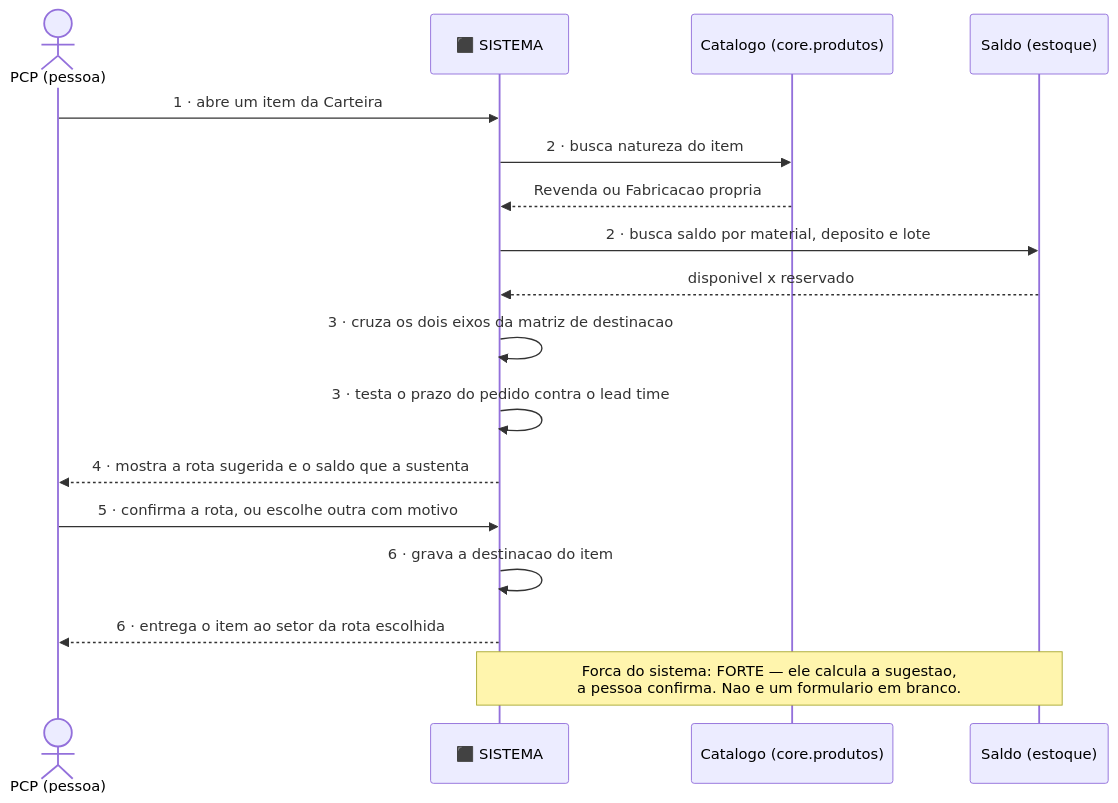
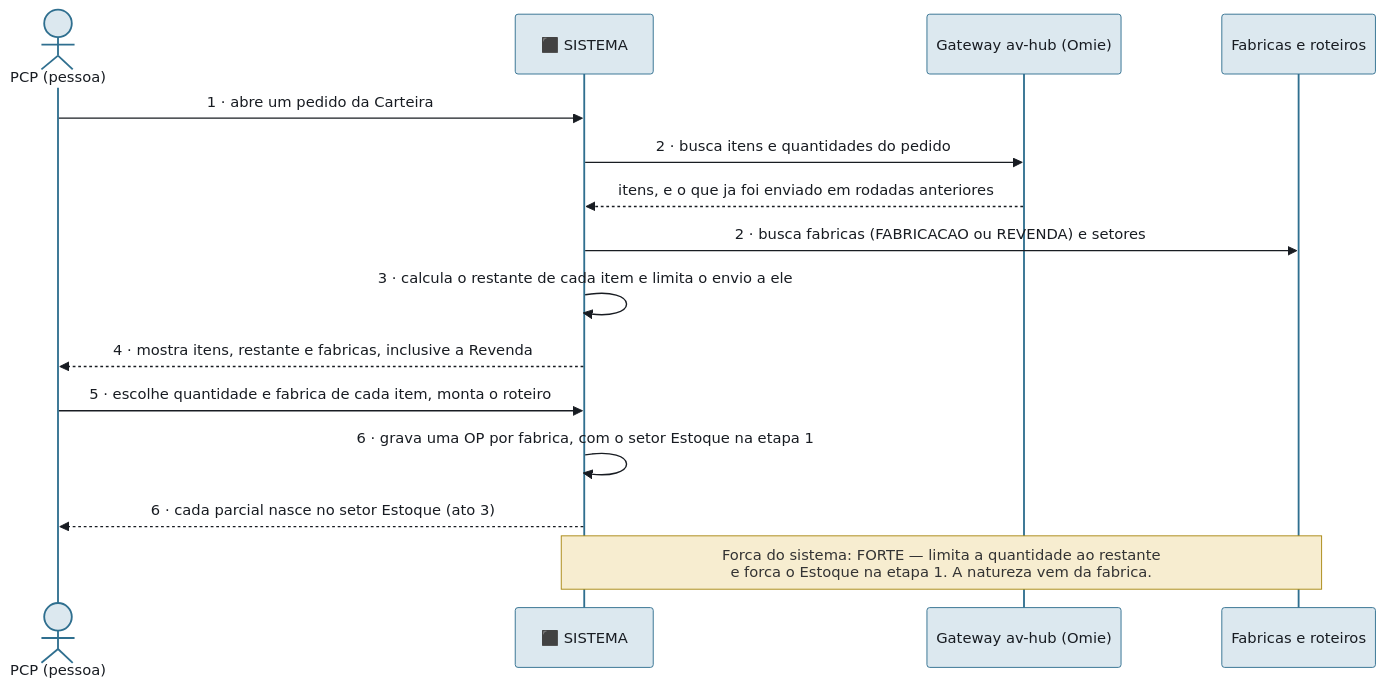
Before and after one commit to Acosvital/vault-avhub-mer: the first of 3 diagrams in 01-Fluxo-Operacional/Fluxo-Sistema-no-Meio.md, drawn with Mermaid. The commit also changed other lines of this file and 36 other files, not shown here.

First line of the commit message:
Encaixe do Estoque e da Revenda no fluxo do PCP (MES)

````diff
--- a/01-Fluxo-Operacional/Fluxo-Sistema-no-Meio.md
+++ b/01-Fluxo-Operacional/Fluxo-Sistema-no-Meio.md
@@ -33,22 +36,20 @@
 ```mermaid
-%%{init: {'theme': 'base', 'themeVariables': {'primaryColor': '#ffffff', 'primaryTextColor': '#181c22', 'primaryBorderColor': '#33475a', 'lineColor': '#5c6570', 'fontFamily': 'Source Sans 3, sans-serif', 'fontSize': '14px', 'actorBkg': '#dce8ef', 'actorBorder': '#2f6f8f', 'noteBkgColor': '#f7edd0', 'noteBorderColor': '#a8860f'}}%%
+%%{init: {'theme': 'base', 'themeVariables': {'primaryColor': '#ffffff', 'primaryTextColor': '#181c22', 'primaryBorderColor': '#33475a', 'lineColor': '#5c6570', 'fontFamily': 'Source Sans 3, sans-serif', 'fontSize': '14px', 'actorBkg': '#dce8ef', 'actorBorder': '#2f6f8f', 'noteBkgColor': '#f7edd0', 'noteBorderColor': '#a8860f'}}}%%
 sequenceDiagram
     actor PCP as PCP (pessoa)
     participant SIS as ⬛ SISTEMA
-    participant CAT as Catalogo (core.produtos)
-    participant EST as Saldo (estoque)
+    participant GW as Gateway av-hub (Omie)
+    participant FAB as Fabricas e roteiros
 
-    PCP->>SIS: 1 · abre um item da Carteira
-    SIS->>CAT: 2 · busca natureza do item
-    CAT-->>SIS: Revenda ou Fabricacao propria
-    SIS->>EST: 2 · busca saldo por material, deposito e lote
-    EST-->>SIS: disponivel x reservado
-    SIS->>SIS: 3 · cruza os dois eixos da matriz de destinacao
-    SIS->>SIS: 3 · testa o prazo do pedido contra o lead time
-    SIS-->>PCP: 4 · mostra a rota sugerida e o saldo que a sustenta
-    PCP->>SIS: 5 · confirma a rota, ou escolhe outra com motivo
-    SIS->>SIS: 6 · grava a destinacao do item
-    SIS-->>PCP: 6 · entrega o item ao setor da rota escolhida
+    PCP->>SIS: 1 · abre um pedido da Carteira
+    SIS->>GW: 2 · busca itens e quantidades do pedido
+    GW-->>SIS: itens, e o que ja foi enviado em rodadas anteriores
+    SIS->>FAB: 2 · busca fabricas (FABRICACAO ou REVENDA) e setores
+    SIS->>SIS: 3 · calcula o restante de cada item e limita o envio a ele
+    SIS-->>PCP: 4 · mostra itens, restante e fabricas, inclusive a Revenda
+    PCP->>SIS: 5 · escolhe quantidade e fabrica de cada item, monta o roteiro
+    SIS->>SIS: 6 · grava uma OP por fabrica, com o setor Estoque na etapa 1
+    SIS-->>PCP: 6 · cada parcial nasce no setor Estoque (ato 3)
 
-    Note over SIS,EST: Forca do sistema: FORTE — ele calcula a sugestao,<br/>a pessoa confirma. Nao e um formulario em branco.
+    Note over SIS,FAB: Forca do sistema: FORTE — limita a quantidade ao restante<br/>e forca o Estoque na etapa 1. A natureza vem da fabrica.
 ```
````
